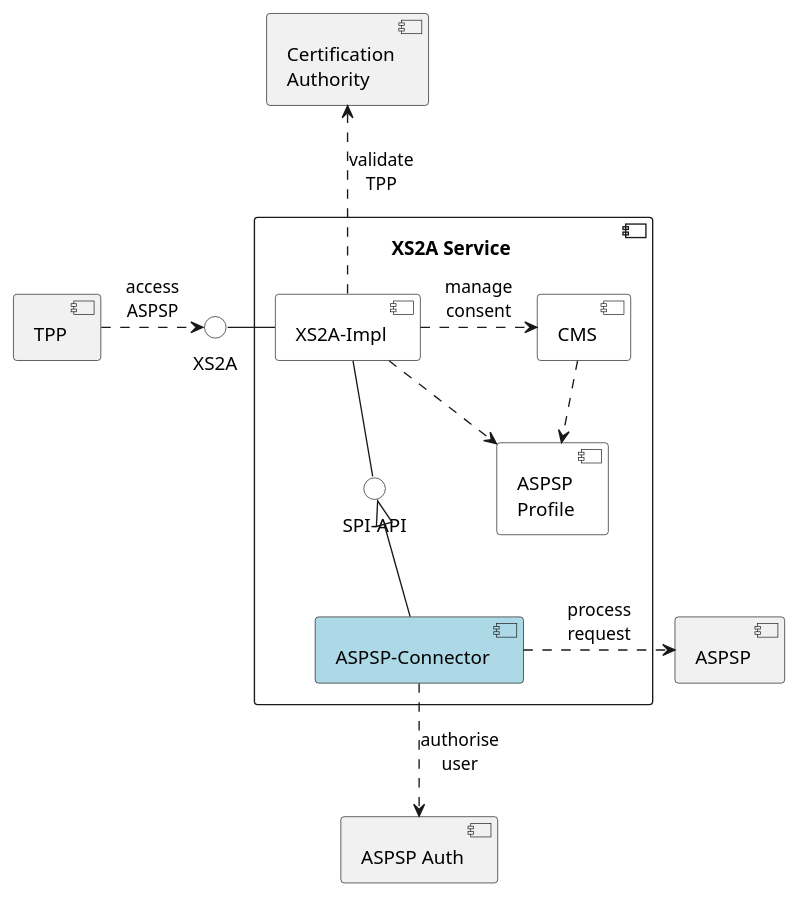
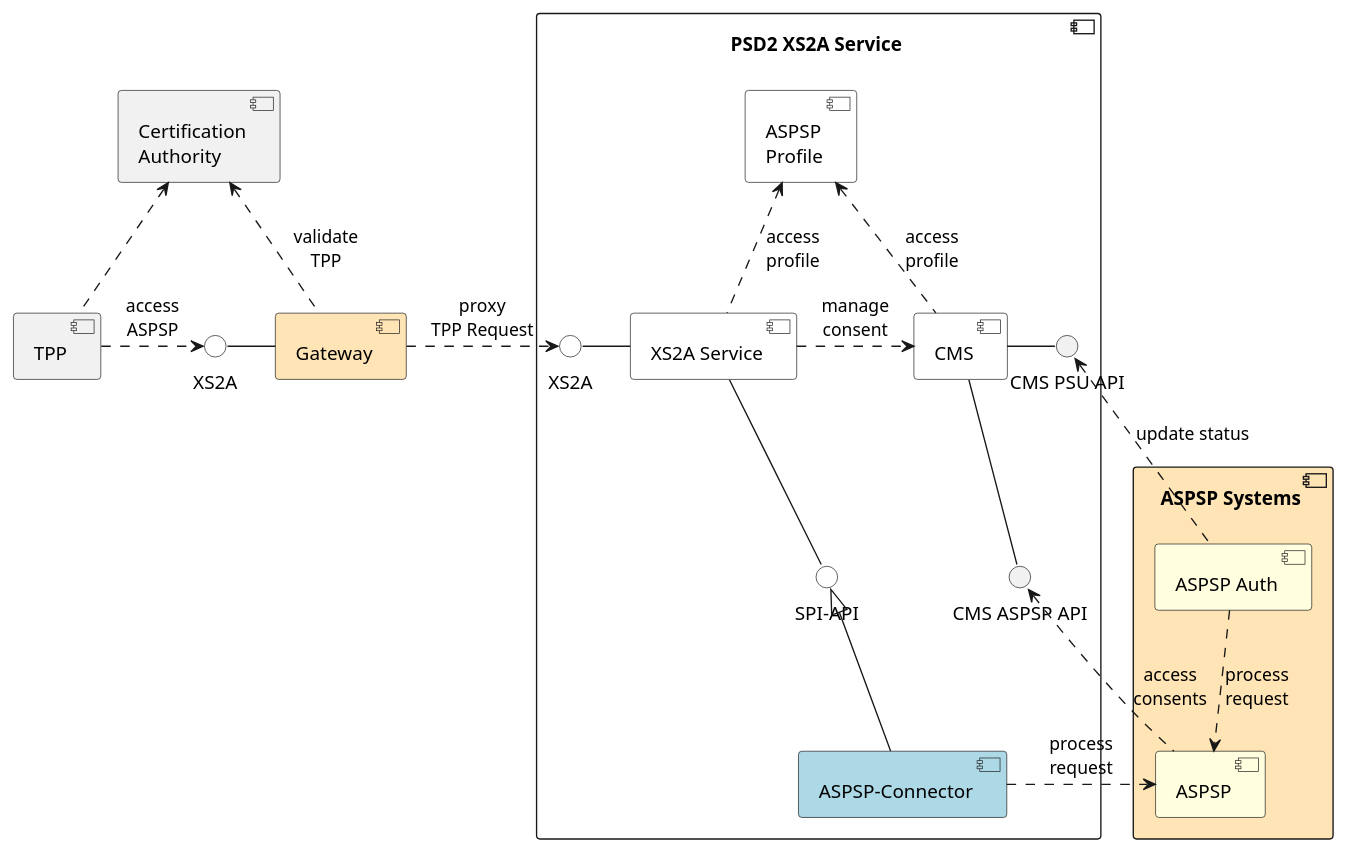
One commit to adorsys/xs2a changed the diagram in doc/architecture/images/L01-Whitebox.puml. Above: the diagram before and after it, drawn with PlantUML. The commit also changed other lines of this file and 1 other file, not shown here.

Commit message:
Update whitebox diagram

```diff
--- a/doc/architecture/images/L01-Whitebox.puml
+++ b/doc/architecture/images/L01-Whitebox.puml
@@ -1,32 +1,52 @@
 @startuml
 skinparam componentStyle uml2
 
 component "TPP" as TPP
-component "ASPSP" as ASPSP
-component "ASPSP Auth" as auth
 component "Certification\nAuthority" as CA
 interface XS2A #white
 
 TPP .> XS2A : access\nASPSP
+CA <.. TPP
 
-component "XS2A Service \n" {
-    component "XS2A-Impl" as xs2aimpl #white
+component "Gateway" as GW #moccasin
+
+component "ASPSP Systems \n" #moccasin {
+    component "ASPSP" as ASPSP #lightyellow
+    component "ASPSP Auth" as auth #lightyellow
+
+    auth ..> ASPSP : process\nrequest
+}
+
+component "PSD2 XS2A Service \n" {
+    component "ASPSP\nProfile" as profile #white
+    component "XS2A Service" as xs2aimpl #white
     component "CMS" as cms #white
-    component "ASPSP\nProfile" as profile #white
     interface "SPI-API" as spi #white
     component "ASPSP-Connector" as connector #lightblue
+    interface "XS2A" as XS2AI #white
+    interface "CMS PSU API" as cms_psu
+    interface "CMS ASPSP API" as cms_aspsp
 
-    XS2A - xs2aimpl
+    CA <.. GW : validate\nTPP
+
+    profile <.. xs2aimpl : access\nprofile
+    profile <.. cms : access\nprofile
+
+    XS2A - GW
+    GW .> XS2AI : proxy\nTPP Request
+    XS2AI - xs2aimpl
     xs2aimpl -- spi
     spi <|--connector
     xs2aimpl .> cms : manage\nconsent
-    xs2aimpl .> profile
-    cms ..> profile
+    cms - cms_psu
+    cms -- cms_aspsp
 
-    CA <.. xs2aimpl : validate\nTPP
 
     connector .> ASPSP : process\nrequest
-    connector ..> auth : authorise\nuser
+
+    cms_psu <. auth : update status
+    cms_aspsp <. ASPSP : access\nconsents
 }
 
+
 @enduml
```
